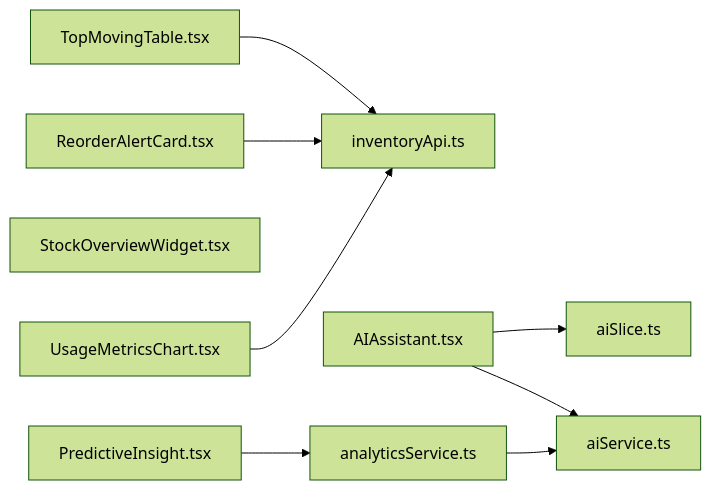
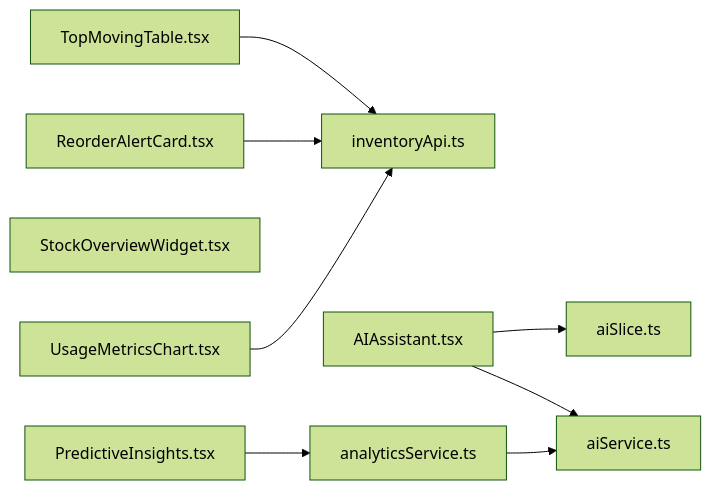
One commit to cacamarica/dashboard-ai changed the ninth of 9 diagrams in .qoder/repowiki/en/content/UI Components/UI Components.md. Above: the diagram before and after it, drawn with Mermaid (forest theme). The commit also changed other lines of this file and 14 other files, not shown here.

````diff
--- a/.qoder/repowiki/en/content/UI Components/UI Components.md
+++ b/.qoder/repowiki/en/content/UI Components/UI Components.md
@@ -503,11 +516,11 @@
 ```mermaid
 graph LR
 TM["TopMovingTable.tsx"] --> IA["inventoryApi.ts"]
 RAC["ReorderAlertCard.tsx"] --> IA
 SOW["StockOverviewWidget.tsx"]
 UMC["UsageMetricsChart.tsx"] --> IA
 AA["AIAssistant.tsx"] --> AS["aiSlice.ts"]
 AA --> AIS["aiService.ts"]
-PI["PredictiveInsight.tsx"] --> ANS["analyticsService.ts"]
+PI["PredictiveInsights.tsx"] --> ANS["analyticsService.ts"]
 ANS --> AIS
 ```
````
